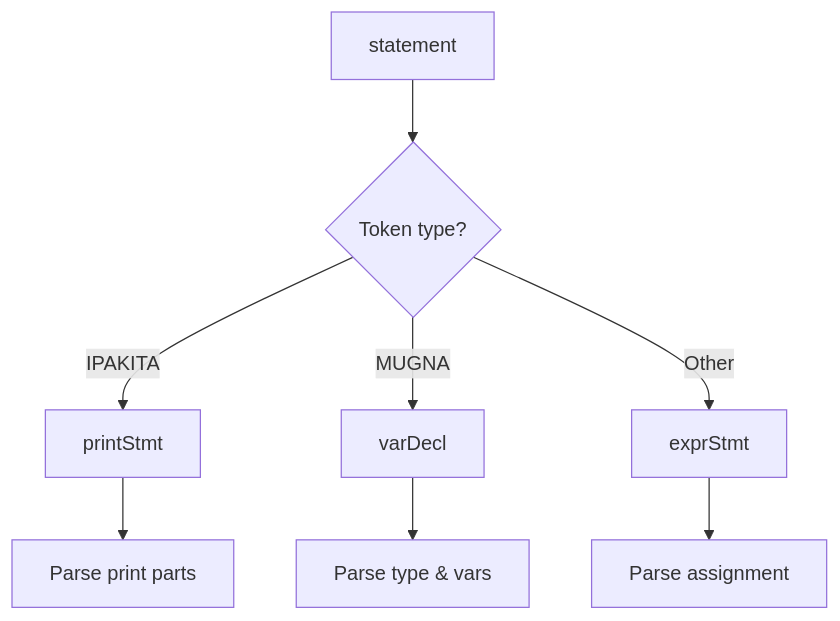
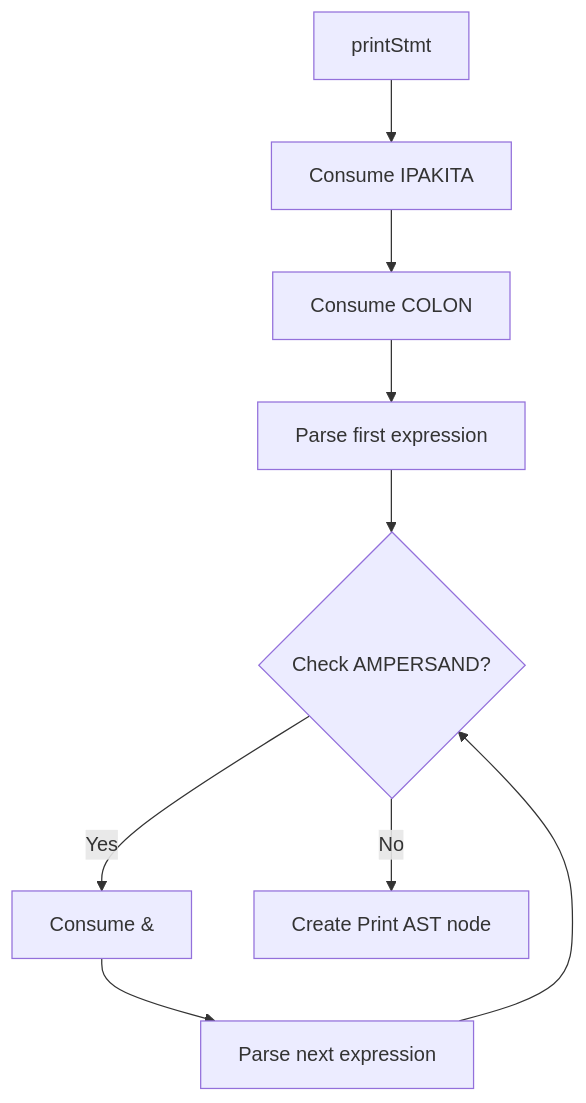
The sixth of 12 diagrams in docs/parser-specification.md (McKlay/bisaya-interpreter), drawn with Mermaid before and after one commit. The commit also changed other lines of this file, not shown here.

Commit message:
updated statement parsing diagram

````diff
--- a/docs/parser-specification.md
+++ b/docs/parser-specification.md
@@ -379,11 +402,11 @@
 ```mermaid
 flowchart TD
-    A[statement] --> B{Token type?}
-    B -->|IPAKITA| C[printStmt]
-    B -->|MUGNA| D[varDecl]
-    B -->|Other| E[exprStmt]
-    
-    C --> F[Parse print parts]
-    D --> G[Parse type & vars]
-    E --> H[Parse assignment]
+    A[printStmt] --> B[Consume IPAKITA]
+    B --> C[Consume COLON]
+    C --> D[Parse first expression]
+    D --> E{Check AMPERSAND?}
+    E -->|Yes| F[Consume &]
+    F --> G[Parse next expression]
+    G --> E
+    E -->|No| H[Create Print AST node]
 ```
````
